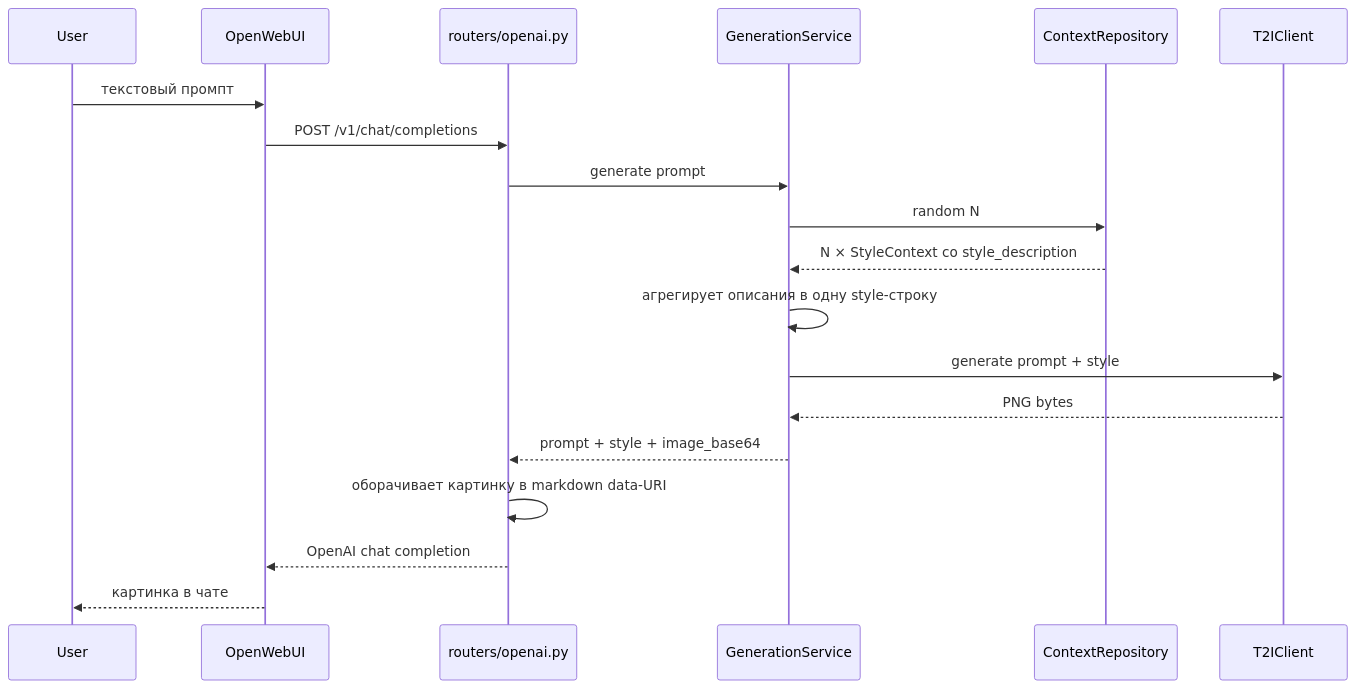
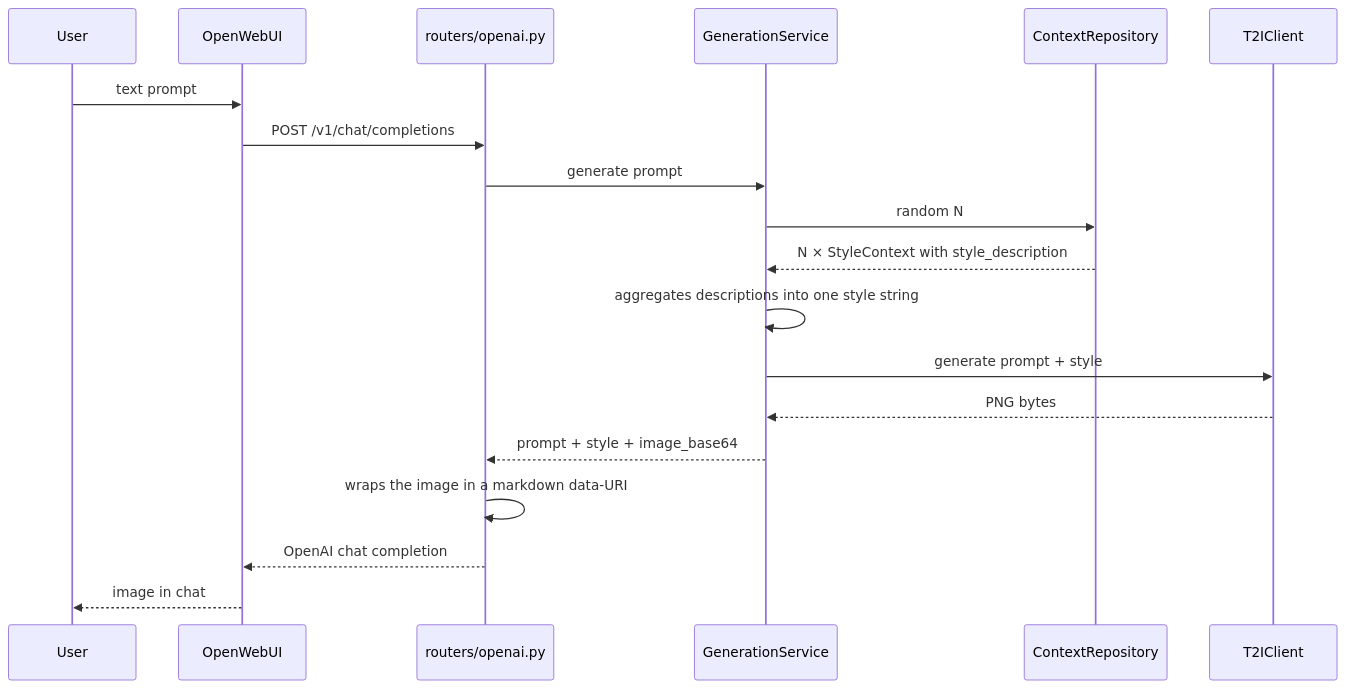
The third of 4 diagrams in README.md (esgon191/icon-gen), drawn with Mermaid before and after one commit. The commit also changed other lines of this file, not shown here.

````diff
--- a/README.md
+++ b/README.md
@@ -152,22 +154,22 @@
 ```mermaid
 sequenceDiagram
     participant User
     participant OWU as OpenWebUI
     participant Router as routers/openai.py
     participant Svc as GenerationService
     participant Repo as ContextRepository
     participant T2I as T2IClient
 
-    User->>OWU: текстовый промпт
+    User->>OWU: text prompt
     OWU->>Router: POST /v1/chat/completions
     Router->>Svc: generate prompt
     Svc->>Repo: random N
-    Repo-->>Svc: N × StyleContext со style_description
-    Svc->>Svc: агрегирует описания в одну style-строку
+    Repo-->>Svc: N × StyleContext with style_description
+    Svc->>Svc: aggregates descriptions into one style string
     Svc->>T2I: generate prompt + style
     T2I-->>Svc: PNG bytes
     Svc-->>Router: prompt + style + image_base64
-    Router->>Router: оборачивает картинку в markdown data-URI
+    Router->>Router: wraps the image in a markdown data-URI
     Router-->>OWU: OpenAI chat completion
-    OWU-->>User: картинка в чате
+    OWU-->>User: image in chat
 ```
````
